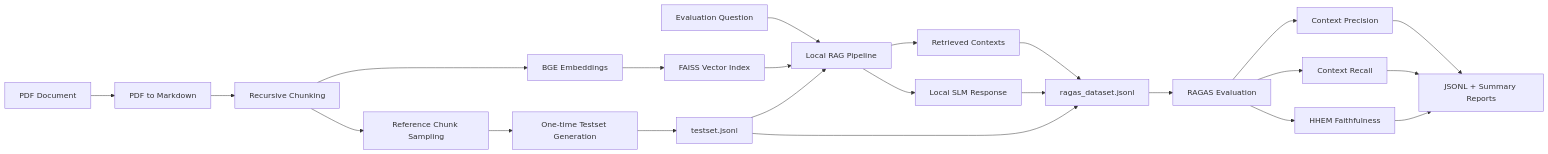
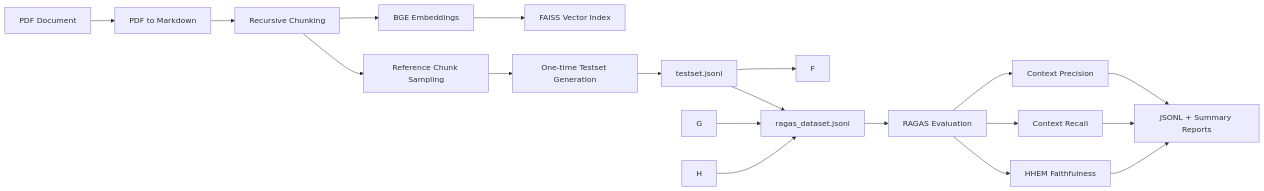
The diagram in README.md (moha-razavi/slm-rag-eval), drawn with Mermaid before and after one commit.

````diff
--- a/README.md
+++ b/README.md
@@ -16,29 +16,24 @@
 ```mermaid
 flowchart LR
     A[PDF Document] --> B[PDF to Markdown]
     B --> C[Recursive Chunking]
     C --> D[BGE Embeddings]
     D --> E[FAISS Vector Index]
-
-    Q[Evaluation Question] --> F[Local RAG Pipeline]
-    E --> F
-    F --> G[Retrieved Contexts]
-    F --> H[Local SLM Response]
 
     C --> I[Reference Chunk Sampling]
     I --> J[One-time Testset Generation]
     J --> K[testset.jsonl]
 
     K --> F
     G --> L[ragas_dataset.jsonl]
     H --> L
     K --> L
 
     L --> M[RAGAS Evaluation]
     M --> N[Context Precision]
     M --> O[Context Recall]
     M --> P[HHEM Faithfulness]
     N --> R[JSONL + Summary Reports]
     O --> R
     P --> R
 ```
````
